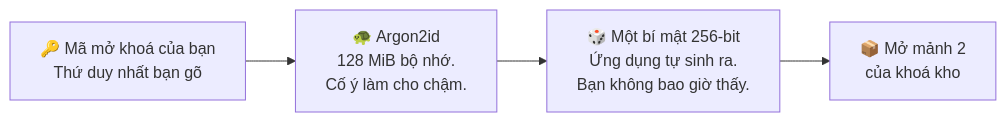
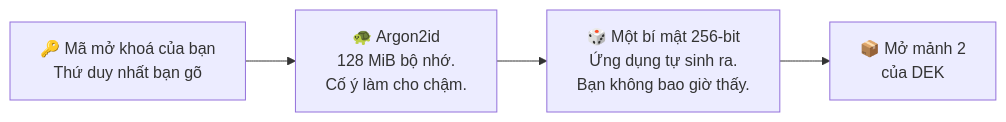
The second of 3 diagrams in i18n/vi/docusaurus-plugin-content-docs/current/your-passcode.md (TuPhung369/passwordepic-website), drawn with Mermaid before and after one commit. The commit also changed other lines of this file and 22 other files, not shown here.

````diff
--- a/i18n/vi/docusaurus-plugin-content-docs/current/your-passcode.md
+++ b/i18n/vi/docusaurus-plugin-content-docs/current/your-passcode.md
@@ -62,6 +62,6 @@
 ```mermaid
 flowchart LR
   A["🔑 Mã mở khoá của bạn<br/>Thứ duy nhất bạn gõ"] --> B["🐢 Argon2id<br/>128 MiB bộ nhớ.<br/>Cố ý làm cho chậm."]
   B --> C["🎲 Một bí mật 256-bit<br/>Ứng dụng tự sinh ra.<br/>Bạn không bao giờ thấy."]
-  C --> D["📦 Mở mảnh 2<br/>của khoá kho"]
+  C --> D["📦 Mở mảnh 2<br/>của DEK"]
 ```
````
